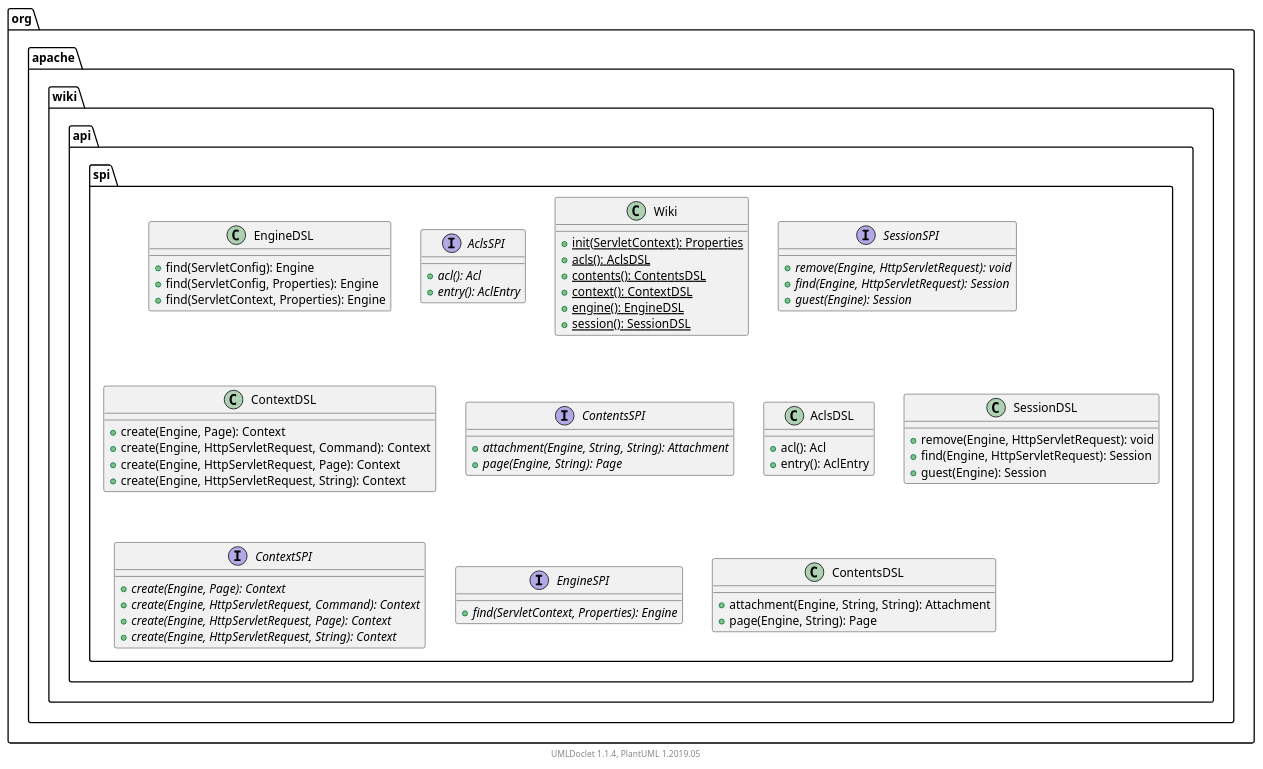
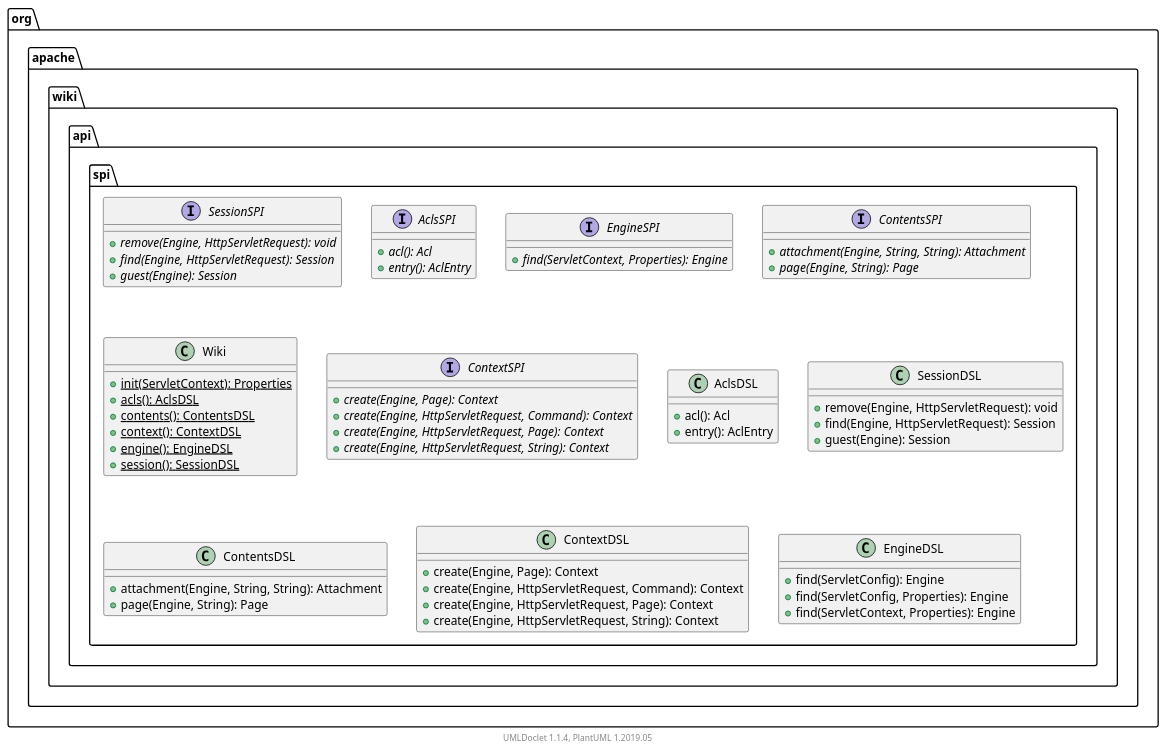
The diagram in apidocs/2.11.0.M7-SNAPSHOT/org/apache/wiki/api/spi/package.puml (apache/jspwiki-site), drawn with PlantUML before and after one commit. The commit also changed other lines of this file and 1830 other files, not shown here.

```diff
--- a/apidocs/2.11.0.M7-SNAPSHOT/org/apache/wiki/api/spi/package.puml
+++ b/apidocs/2.11.0.M7-SNAPSHOT/org/apache/wiki/api/spi/package.puml
@@ -1,74 +1,74 @@
 @startuml
 
     namespace org.apache.wiki.api.spi {
 
-        class EngineDSL [[EngineDSL.html]] {
-            +find(ServletConfig): Engine
-            +find(ServletConfig, Properties): Engine
-            +find(ServletContext, Properties): Engine
+        interface SessionSPI [[SessionSPI.html]] {
+            {abstract} +remove(Engine, HttpServletRequest): void
+            {abstract} +find(Engine, HttpServletRequest): Session
+            {abstract} +guest(Engine): Session
         }
 
         interface AclsSPI [[AclsSPI.html]] {
             {abstract} +acl(): Acl
             {abstract} +entry(): AclEntry
+        }
+
+        interface EngineSPI [[EngineSPI.html]] {
+            {abstract} +find(ServletContext, Properties): Engine
+        }
+
+        interface ContentsSPI [[ContentsSPI.html]] {
+            {abstract} +attachment(Engine, String, String): Attachment
+            {abstract} +page(Engine, String): Page
         }
 
         class Wiki [[Wiki.html]] {
             {static} +init(ServletContext): Properties
             {static} +acls(): AclsDSL
             {static} +contents(): ContentsDSL
             {static} +context(): ContextDSL
             {static} +engine(): EngineDSL
             {static} +session(): SessionDSL
         }
 
-        interface SessionSPI [[SessionSPI.html]] {
-            {abstract} +remove(Engine, HttpServletRequest): void
-            {abstract} +find(Engine, HttpServletRequest): Session
-            {abstract} +guest(Engine): Session
-        }
-
-        class ContextDSL [[ContextDSL.html]] {
-            +create(Engine, Page): Context
-            +create(Engine, HttpServletRequest, Command): Context
-            +create(Engine, HttpServletRequest, Page): Context
-            +create(Engine, HttpServletRequest, String): Context
-        }
-
-        interface ContentsSPI [[ContentsSPI.html]] {
-            {abstract} +attachment(Engine, String, String): Attachment
-            {abstract} +page(Engine, String): Page
+        interface ContextSPI [[ContextSPI.html]] {
+            {abstract} +create(Engine, Page): Context
+            {abstract} +create(Engine, HttpServletRequest, Command): Context
+            {abstract} +create(Engine, HttpServletRequest, Page): Context
+            {abstract} +create(Engine, HttpServletRequest, String): Context
         }
 
         class AclsDSL [[AclsDSL.html]] {
             +acl(): Acl
             +entry(): AclEntry
         }
 
         class SessionDSL [[SessionDSL.html]] {
             +remove(Engine, HttpServletRequest): void
             +find(Engine, HttpServletRequest): Session
             +guest(Engine): Session
         }
 
-        interface ContextSPI [[ContextSPI.html]] {
-            {abstract} +create(Engine, Page): Context
-            {abstract} +create(Engine, HttpServletRequest, Command): Context
-            {abstract} +create(Engine, HttpServletRequest, Page): Context
-            {abstract} +create(Engine, HttpServletRequest, String): Context
-        }
-
-        interface EngineSPI [[EngineSPI.html]] {
-            {abstract} +find(ServletContext, Properties): Engine
-        }
-
         class ContentsDSL [[ContentsDSL.html]] {
             +attachment(Engine, String, String): Attachment
             +page(Engine, String): Page
+        }
+
+        class ContextDSL [[ContextDSL.html]] {
+            +create(Engine, Page): Context
+            +create(Engine, HttpServletRequest, Command): Context
+            +create(Engine, HttpServletRequest, Page): Context
+            +create(Engine, HttpServletRequest, String): Context
+        }
+
+        class EngineDSL [[EngineDSL.html]] {
+            +find(ServletConfig): Engine
+            +find(ServletConfig, Properties): Engine
+            +find(ServletContext, Properties): Engine
         }
 
     }
 
 
     center footer UMLDoclet 1.1.4, PlantUML 1.2019.05
 @enduml
```
